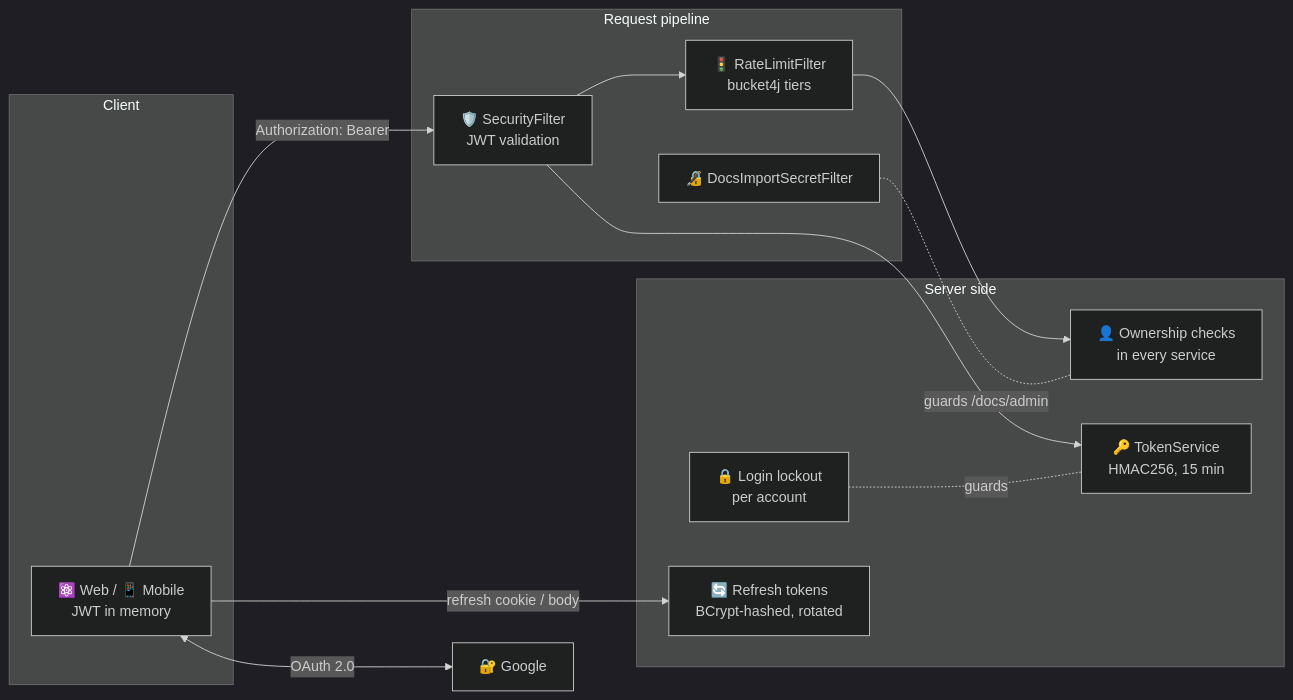
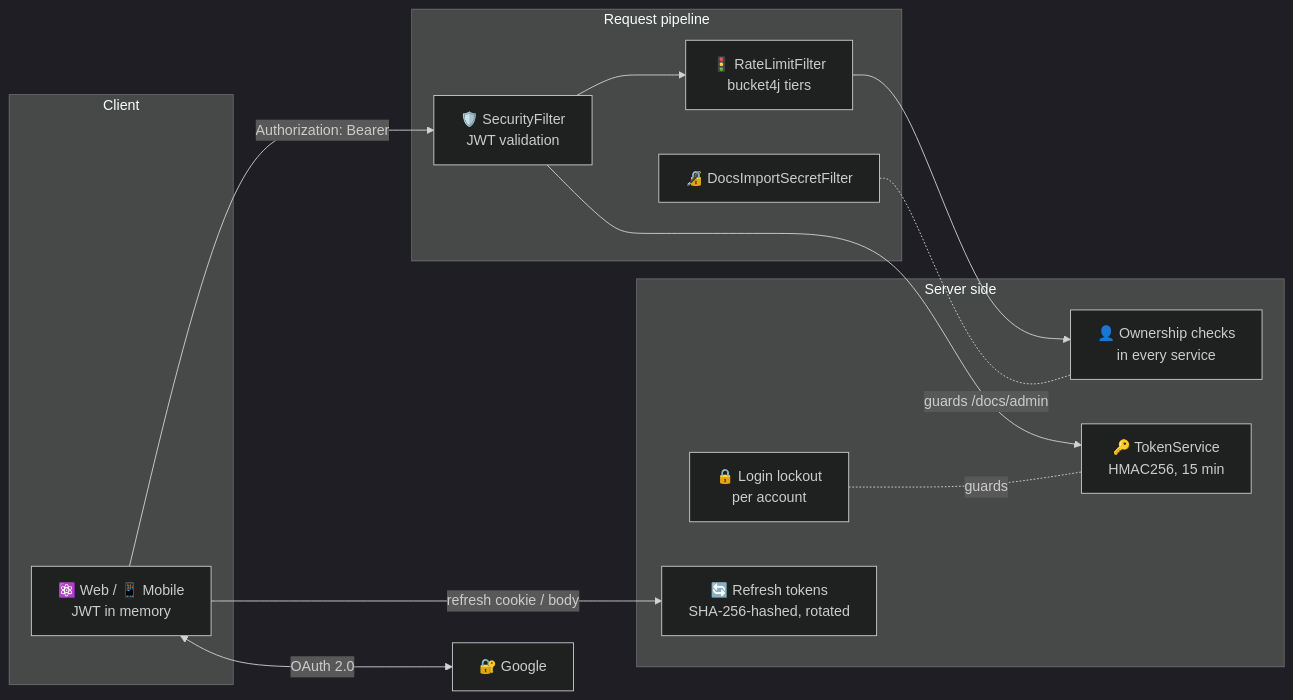
One commit to AndDev741/Beyou-arch-design changed the first of 3 diagrams in architecture/security/en.md. Above: the diagram before and after it, drawn with Mermaid (dark theme). The commit also changed other lines of this file and 1 other file, not shown here.

First line of the commit message:
docs(security): refresh tokens are SHA-256 hashed; preflights cached 1 h

````diff
--- a/architecture/security/en.md
+++ b/architecture/security/en.md
@@ -12,27 +12,27 @@
 ```mermaid
 flowchart LR
   subgraph client["Client"]
     FE["⚛️ Web / 📱 Mobile<br/>JWT in memory"]
   end
 
   subgraph filters["Request pipeline"]
     RL["🚦 RateLimitFilter<br/>bucket4j tiers"]
     SF["🛡️ SecurityFilter<br/>JWT validation"]
     DS["🔏 DocsImportSecretFilter"]
   end
 
   subgraph server["Server side"]
     LA["🔒 Login lockout<br/>per account"]
     TS["🔑 TokenService<br/>HMAC256, 15 min"]
-    RT["🔄 Refresh tokens<br/>BCrypt-hashed, rotated"]
+    RT["🔄 Refresh tokens<br/>SHA-256-hashed, rotated"]
     OWN["👤 Ownership checks<br/>in every service"]
   end
 
   FE -->|"Authorization: Bearer"| SF
   FE -->|"refresh cookie / body"| RT
   SF --> RL --> OWN
   SF --> TS
   FE <-->|"OAuth 2.0"| GO["🔐 Google"]
   LA -.-|"guards"| TS
   DS -.-|"guards /docs/admin"| OWN
 ```
````
